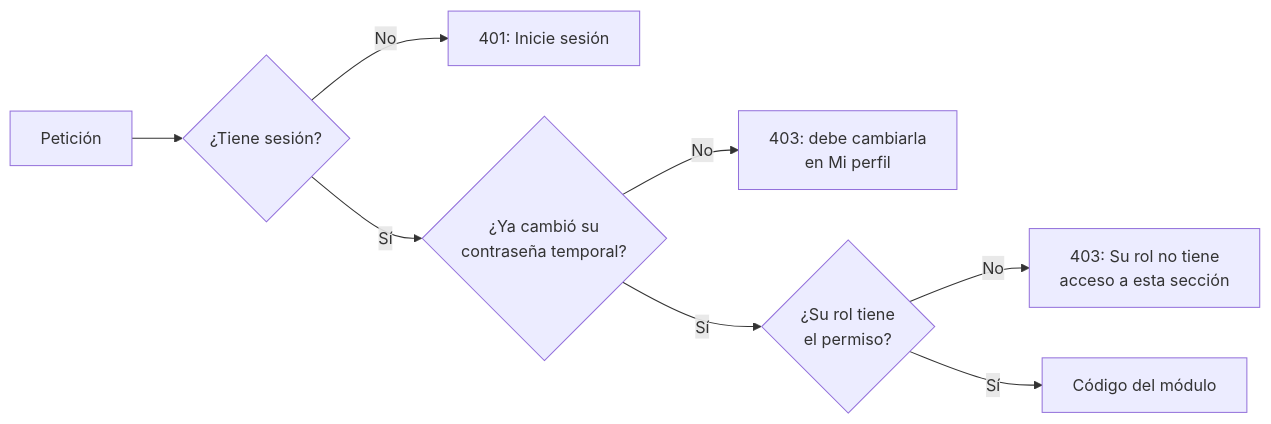
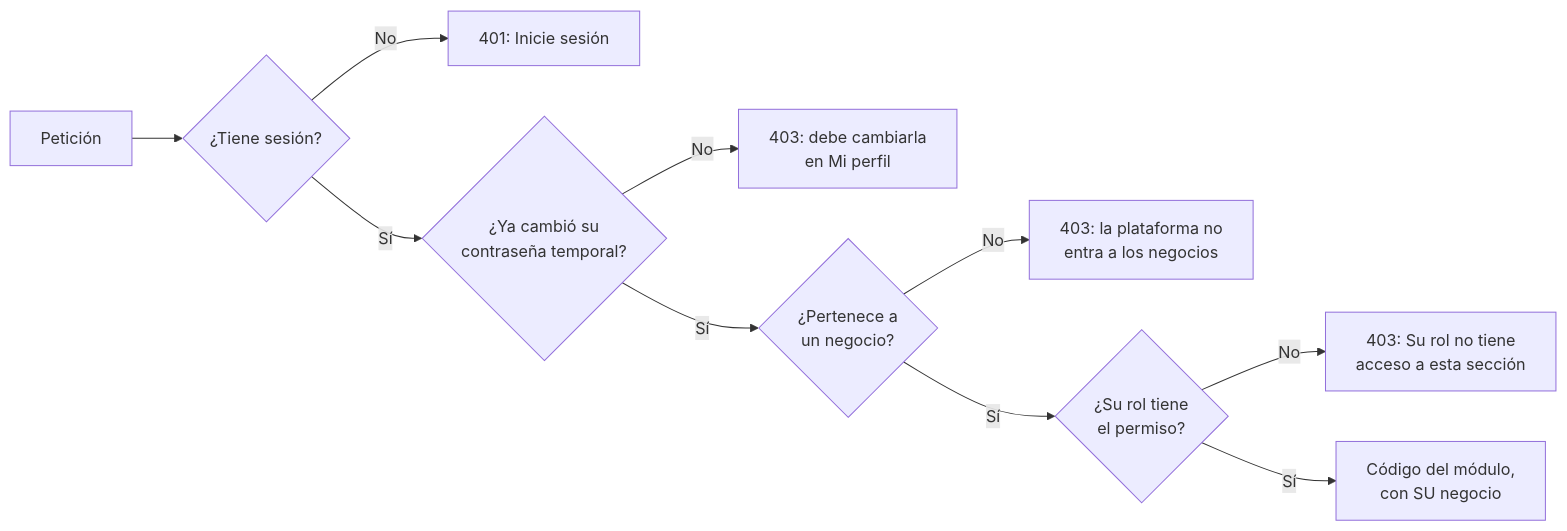
The diagram in docs/USUARIOS-Y-ROLES.md (josue777777/SC702-G4-MiniSuper), drawn with Mermaid before and after one commit. The commit also changed other lines of this file and 35 other files, not shown here.

````diff
--- a/docs/USUARIOS-Y-ROLES.md
+++ b/docs/USUARIOS-Y-ROLES.md
@@ -64,10 +73,12 @@
 ```mermaid
 flowchart LR
     A[Petición] --> B{¿Tiene sesión?}
     B -- No --> X1[401: Inicie sesión]
     B -- Sí --> C{¿Ya cambió su<br/>contraseña temporal?}
     C -- No --> X2[403: debe cambiarla<br/>en Mi perfil]
-    C -- Sí --> D{¿Su rol tiene<br/>el permiso?}
+    C -- Sí --> N{¿Pertenece a<br/>un negocio?}
+    N -- No --> X4[403: la plataforma no<br/>entra a los negocios]
+    N -- Sí --> D{¿Su rol tiene<br/>el permiso?}
     D -- No --> X3[403: Su rol no tiene<br/>acceso a esta sección]
-    D -- Sí --> E[Código del módulo]
+    D -- Sí --> E[Código del módulo,<br/>con SU negocio]
 ```
````
